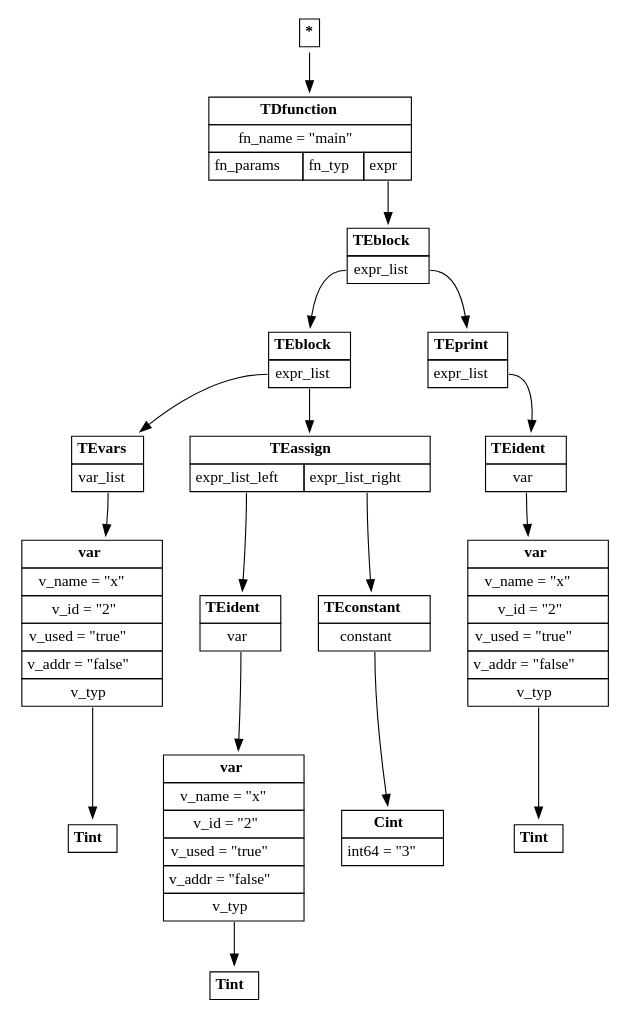
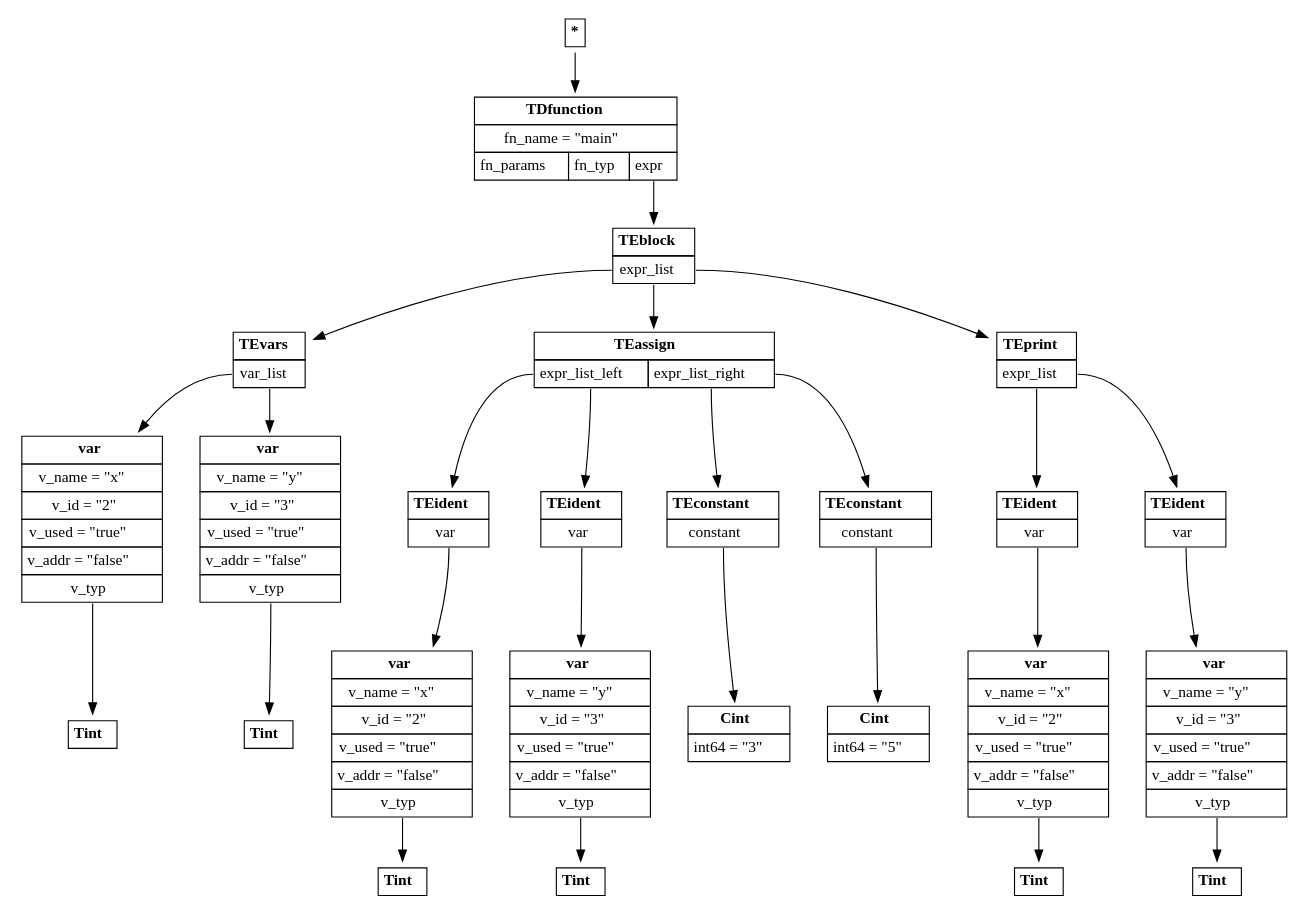
The diagram in projet_GOCass/src/test3_tast.dot (moquem/Compilateur), drawn with Graphviz before and after one commit. The commit also changed 38 other files, not shown here.

```diff
--- a/projet_GOCass/src/test3_tast.dot
+++ b/projet_GOCass/src/test3_tast.dot
@@ -1,36 +1,54 @@
 digraph ast {
 node [shape=plaintext];
 root [label=<<table border='0' cellborder='1' cellspacing='0' cellpadding='4'><tr ><td colspan = '1'><b >*</b></td></tr></table>>]
 TDfunction_1 [label=<<table border='0' cellborder='1' cellspacing='0' cellpadding='4'><tr ><td colspan = '3'><b >TDfunction</b></td></tr><tr ><td colspan = '3'>fn_name = "main"</td></tr><tr ><td port='fn_params'>fn_params</td><td port='fn_typ'>fn_typ</td><td port='expr'>expr</td></tr></table>>]
 root -> TDfunction_1
 TEblock_2 [label=<<table border='0' cellborder='1' cellspacing='0' cellpadding='4'><tr ><td colspan = '1'><b >TEblock</b></td></tr><tr ><td port='expr_list'>expr_list</td></tr></table>>]
 TDfunction_1:expr -> TEblock_2
-TEblock_3 [label=<<table border='0' cellborder='1' cellspacing='0' cellpadding='4'><tr ><td colspan = '1'><b >TEblock</b></td></tr><tr ><td port='expr_list'>expr_list</td></tr></table>>]
-TEblock_2:expr_list -> TEblock_3
-TEvars_4 [label=<<table border='0' cellborder='1' cellspacing='0' cellpadding='4'><tr ><td colspan = '1'><b >TEvars</b></td></tr><tr ><td port='var_list'>var_list</td></tr></table>>]
-TEblock_3:expr_list -> TEvars_4
-var_5 [label=<<table border='0' cellborder='1' cellspacing='0' cellpadding='4'><tr ><td colspan = '1'><b >var</b></td></tr><tr ><td colspan = '1'>v_name = "x"</td></tr><tr ><td colspan = '1'>v_id = "2"</td></tr><tr ><td colspan = '1'>v_used = "true"</td></tr><tr ><td colspan = '1'>v_addr = "false"</td></tr><tr ><td port='v_typ'>v_typ</td></tr></table>>]
-TEvars_4:var_list -> var_5
-Tint_6 [label=<<table border='0' cellborder='1' cellspacing='0' cellpadding='4'><tr ><td colspan = '1'><b >Tint</b></td></tr></table>>]
-var_5:v_typ -> Tint_6
-TEassign_7 [label=<<table border='0' cellborder='1' cellspacing='0' cellpadding='4'><tr ><td colspan = '2'><b >TEassign</b></td></tr><tr ><td port='expr_list_left'>expr_list_left</td><td port='expr_list_right'>expr_list_right</td></tr></table>>]
-TEblock_3:expr_list -> TEassign_7
-TEident_8 [label=<<table border='0' cellborder='1' cellspacing='0' cellpadding='4'><tr ><td colspan = '1'><b >TEident</b></td></tr><tr ><td port='var'>var</td></tr></table>>]
-TEassign_7:expr_list_left -> TEident_8
-var_9 [label=<<table border='0' cellborder='1' cellspacing='0' cellpadding='4'><tr ><td colspan = '1'><b >var</b></td></tr><tr ><td colspan = '1'>v_name = "x"</td></tr><tr ><td colspan = '1'>v_id = "2"</td></tr><tr ><td colspan = '1'>v_used = "true"</td></tr><tr ><td colspan = '1'>v_addr = "false"</td></tr><tr ><td port='v_typ'>v_typ</td></tr></table>>]
-TEident_8:var -> var_9
-Tint_10 [label=<<table border='0' cellborder='1' cellspacing='0' cellpadding='4'><tr ><td colspan = '1'><b >Tint</b></td></tr></table>>]
-var_9:v_typ -> Tint_10
-TEconstant_11 [label=<<table border='0' cellborder='1' cellspacing='0' cellpadding='4'><tr ><td colspan = '1'><b >TEconstant</b></td></tr><tr ><td port='constant'>constant</td></tr></table>>]
-TEassign_7:expr_list_right -> TEconstant_11
-Cint_12 [label=<<table border='0' cellborder='1' cellspacing='0' cellpadding='4'><tr ><td colspan = '1'><b >Cint</b></td></tr><tr ><td colspan = '1'>int64 = "3"</td></tr></table>>]
-TEconstant_11:constant -> Cint_12
-TEprint_13 [label=<<table border='0' cellborder='1' cellspacing='0' cellpadding='4'><tr ><td colspan = '1'><b >TEprint</b></td></tr><tr ><td port='expr_list'>expr_list</td></tr></table>>]
-TEblock_2:expr_list -> TEprint_13
-TEident_14 [label=<<table border='0' cellborder='1' cellspacing='0' cellpadding='4'><tr ><td colspan = '1'><b >TEident</b></td></tr><tr ><td port='var'>var</td></tr></table>>]
-TEprint_13:expr_list -> TEident_14
-var_15 [label=<<table border='0' cellborder='1' cellspacing='0' cellpadding='4'><tr ><td colspan = '1'><b >var</b></td></tr><tr ><td colspan = '1'>v_name = "x"</td></tr><tr ><td colspan = '1'>v_id = "2"</td></tr><tr ><td colspan = '1'>v_used = "true"</td></tr><tr ><td colspan = '1'>v_addr = "false"</td></tr><tr ><td port='v_typ'>v_typ</td></tr></table>>]
-TEident_14:var -> var_15
-Tint_16 [label=<<table border='0' cellborder='1' cellspacing='0' cellpadding='4'><tr ><td colspan = '1'><b >Tint</b></td></tr></table>>]
-var_15:v_typ -> Tint_16
+TEvars_3 [label=<<table border='0' cellborder='1' cellspacing='0' cellpadding='4'><tr ><td colspan = '1'><b >TEvars</b></td></tr><tr ><td port='var_list'>var_list</td></tr></table>>]
+TEblock_2:expr_list -> TEvars_3
+var_4 [label=<<table border='0' cellborder='1' cellspacing='0' cellpadding='4'><tr ><td colspan = '1'><b >var</b></td></tr><tr ><td colspan = '1'>v_name = "x"</td></tr><tr ><td colspan = '1'>v_id = "2"</td></tr><tr ><td colspan = '1'>v_used = "true"</td></tr><tr ><td colspan = '1'>v_addr = "false"</td></tr><tr ><td port='v_typ'>v_typ</td></tr></table>>]
+TEvars_3:var_list -> var_4
+Tint_5 [label=<<table border='0' cellborder='1' cellspacing='0' cellpadding='4'><tr ><td colspan = '1'><b >Tint</b></td></tr></table>>]
+var_4:v_typ -> Tint_5
+var_6 [label=<<table border='0' cellborder='1' cellspacing='0' cellpadding='4'><tr ><td colspan = '1'><b >var</b></td></tr><tr ><td colspan = '1'>v_name = "y"</td></tr><tr ><td colspan = '1'>v_id = "3"</td></tr><tr ><td colspan = '1'>v_used = "true"</td></tr><tr ><td colspan = '1'>v_addr = "false"</td></tr><tr ><td port='v_typ'>v_typ</td></tr></table>>]
+TEvars_3:var_list -> var_6
+Tint_7 [label=<<table border='0' cellborder='1' cellspacing='0' cellpadding='4'><tr ><td colspan = '1'><b >Tint</b></td></tr></table>>]
+var_6:v_typ -> Tint_7
+TEassign_8 [label=<<table border='0' cellborder='1' cellspacing='0' cellpadding='4'><tr ><td colspan = '2'><b >TEassign</b></td></tr><tr ><td port='expr_list_left'>expr_list_left</td><td port='expr_list_right'>expr_list_right</td></tr></table>>]
+TEblock_2:expr_list -> TEassign_8
+TEident_9 [label=<<table border='0' cellborder='1' cellspacing='0' cellpadding='4'><tr ><td colspan = '1'><b >TEident</b></td></tr><tr ><td port='var'>var</td></tr></table>>]
+TEassign_8:expr_list_left -> TEident_9
+var_10 [label=<<table border='0' cellborder='1' cellspacing='0' cellpadding='4'><tr ><td colspan = '1'><b >var</b></td></tr><tr ><td colspan = '1'>v_name = "x"</td></tr><tr ><td colspan = '1'>v_id = "2"</td></tr><tr ><td colspan = '1'>v_used = "true"</td></tr><tr ><td colspan = '1'>v_addr = "false"</td></tr><tr ><td port='v_typ'>v_typ</td></tr></table>>]
+TEident_9:var -> var_10
+Tint_11 [label=<<table border='0' cellborder='1' cellspacing='0' cellpadding='4'><tr ><td colspan = '1'><b >Tint</b></td></tr></table>>]
+var_10:v_typ -> Tint_11
+TEident_12 [label=<<table border='0' cellborder='1' cellspacing='0' cellpadding='4'><tr ><td colspan = '1'><b >TEident</b></td></tr><tr ><td port='var'>var</td></tr></table>>]
+TEassign_8:expr_list_left -> TEident_12
+var_13 [label=<<table border='0' cellborder='1' cellspacing='0' cellpadding='4'><tr ><td colspan = '1'><b >var</b></td></tr><tr ><td colspan = '1'>v_name = "y"</td></tr><tr ><td colspan = '1'>v_id = "3"</td></tr><tr ><td colspan = '1'>v_used = "true"</td></tr><tr ><td colspan = '1'>v_addr = "false"</td></tr><tr ><td port='v_typ'>v_typ</td></tr></table>>]
+TEident_12:var -> var_13
+Tint_14 [label=<<table border='0' cellborder='1' cellspacing='0' cellpadding='4'><tr ><td colspan = '1'><b >Tint</b></td></tr></table>>]
+var_13:v_typ -> Tint_14
+TEconstant_15 [label=<<table border='0' cellborder='1' cellspacing='0' cellpadding='4'><tr ><td colspan = '1'><b >TEconstant</b></td></tr><tr ><td port='constant'>constant</td></tr></table>>]
+TEassign_8:expr_list_right -> TEconstant_15
+Cint_16 [label=<<table border='0' cellborder='1' cellspacing='0' cellpadding='4'><tr ><td colspan = '1'><b >Cint</b></td></tr><tr ><td colspan = '1'>int64 = "3"</td></tr></table>>]
+TEconstant_15:constant -> Cint_16
+TEconstant_17 [label=<<table border='0' cellborder='1' cellspacing='0' cellpadding='4'><tr ><td colspan = '1'><b >TEconstant</b></td></tr><tr ><td port='constant'>constant</td></tr></table>>]
+TEassign_8:expr_list_right -> TEconstant_17
+Cint_18 [label=<<table border='0' cellborder='1' cellspacing='0' cellpadding='4'><tr ><td colspan = '1'><b >Cint</b></td></tr><tr ><td colspan = '1'>int64 = "5"</td></tr></table>>]
+TEconstant_17:constant -> Cint_18
+TEprint_19 [label=<<table border='0' cellborder='1' cellspacing='0' cellpadding='4'><tr ><td colspan = '1'><b >TEprint</b></td></tr><tr ><td port='expr_list'>expr_list</td></tr></table>>]
+TEblock_2:expr_list -> TEprint_19
+TEident_20 [label=<<table border='0' cellborder='1' cellspacing='0' cellpadding='4'><tr ><td colspan = '1'><b >TEident</b></td></tr><tr ><td port='var'>var</td></tr></table>>]
+TEprint_19:expr_list -> TEident_20
+var_21 [label=<<table border='0' cellborder='1' cellspacing='0' cellpadding='4'><tr ><td colspan = '1'><b >var</b></td></tr><tr ><td colspan = '1'>v_name = "x"</td></tr><tr ><td colspan = '1'>v_id = "2"</td></tr><tr ><td colspan = '1'>v_used = "true"</td></tr><tr ><td colspan = '1'>v_addr = "false"</td></tr><tr ><td port='v_typ'>v_typ</td></tr></table>>]
+TEident_20:var -> var_21
+Tint_22 [label=<<table border='0' cellborder='1' cellspacing='0' cellpadding='4'><tr ><td colspan = '1'><b >Tint</b></td></tr></table>>]
+var_21:v_typ -> Tint_22
+TEident_23 [label=<<table border='0' cellborder='1' cellspacing='0' cellpadding='4'><tr ><td colspan = '1'><b >TEident</b></td></tr><tr ><td port='var'>var</td></tr></table>>]
+TEprint_19:expr_list -> TEident_23
+var_24 [label=<<table border='0' cellborder='1' cellspacing='0' cellpadding='4'><tr ><td colspan = '1'><b >var</b></td></tr><tr ><td colspan = '1'>v_name = "y"</td></tr><tr ><td colspan = '1'>v_id = "3"</td></tr><tr ><td colspan = '1'>v_used = "true"</td></tr><tr ><td colspan = '1'>v_addr = "false"</td></tr><tr ><td port='v_typ'>v_typ</td></tr></table>>]
+TEident_23:var -> var_24
+Tint_25 [label=<<table border='0' cellborder='1' cellspacing='0' cellpadding='4'><tr ><td colspan = '1'><b >Tint</b></td></tr></table>>]
+var_24:v_typ -> Tint_25
 }
```
